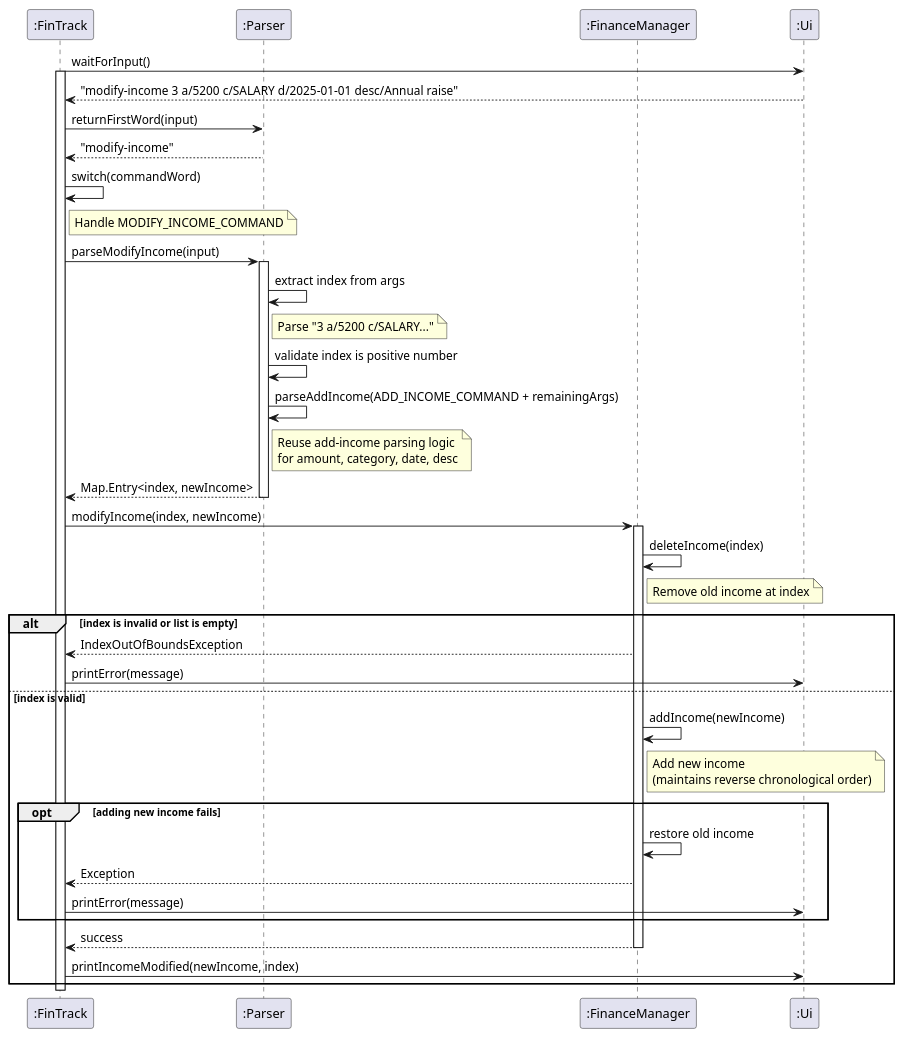
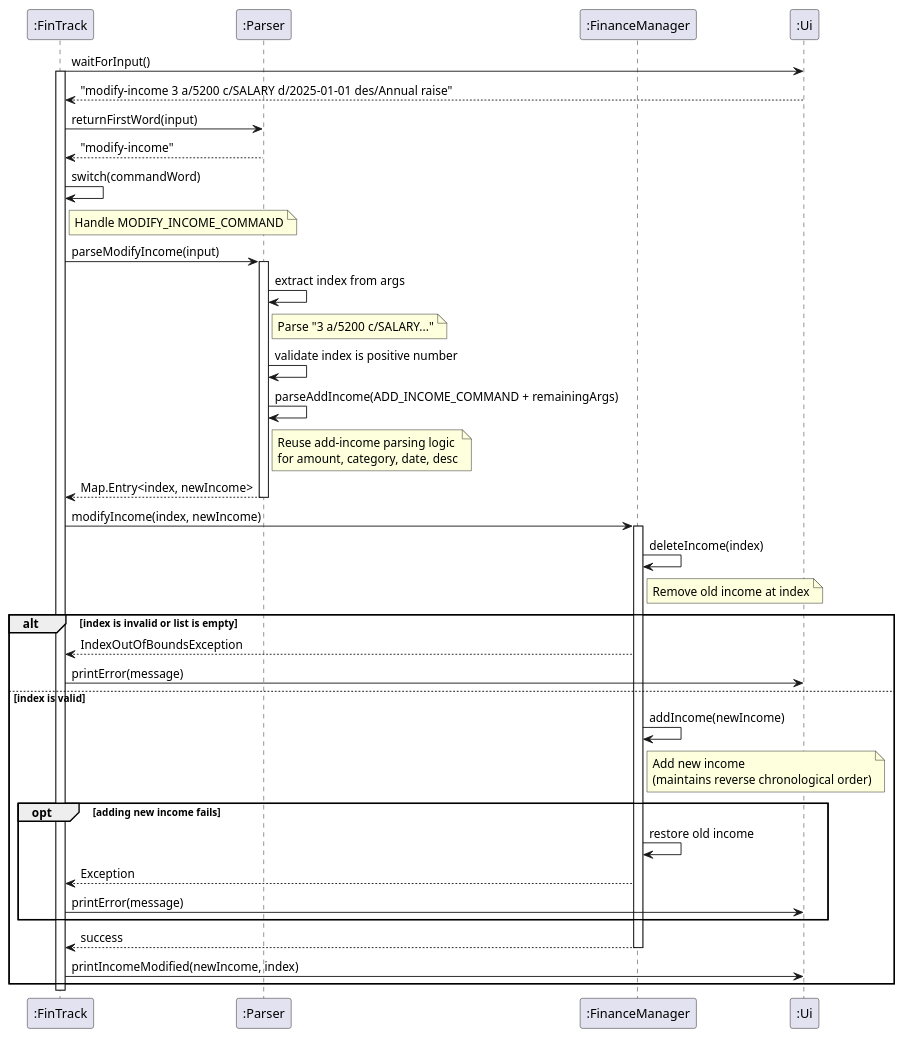
One commit to AY2526S1-CS2113-W12-4/tp changed the diagram in docs/diagrams/modify_income.puml. Above: the diagram before and after it, drawn with PlantUML. The commit also changed 11 other files, not shown here.

Commit message:
Change desc/ to des/, allow parsing of tab after first word

```diff
--- a/docs/diagrams/modify_income.puml
+++ b/docs/diagrams/modify_income.puml
@@ -1,58 +1,58 @@
 @startuml
 participant ":FinTrack" as FT
 participant ":Parser" as P
 participant ":FinanceManager" as FM
 participant ":Ui" as UI
 
 FT -> UI: waitForInput()
 activate FT
-UI --> FT: "modify-income 3 a/5200 c/SALARY d/2025-01-01 desc/Annual raise"
+UI --> FT: "modify-income 3 a/5200 c/SALARY d/2025-01-01 des/Annual raise"
 
 FT -> P: returnFirstWord(input)
 P --> FT: "modify-income"
 
 FT -> FT: switch(commandWord)
 
 note right of FT: Handle MODIFY_INCOME_COMMAND
 
 FT -> P: parseModifyIncome(input)
 activate P
 
 P -> P: extract index from args
 note right of P: Parse "3 a/5200 c/SALARY..."
 
 P -> P: validate index is positive number
 
 P -> P: parseAddIncome(ADD_INCOME_COMMAND + remainingArgs)
 note right of P: Reuse add-income parsing logic\nfor amount, category, date, desc
 
 P --> FT: Map.Entry<index, newIncome>
 deactivate P
 
 FT -> FM: modifyIncome(index, newIncome)
 activate FM
 
 FM -> FM: deleteIncome(index)
 note right of FM: Remove old income at index
 
 alt index is invalid or list is empty
     FM --> FT: IndexOutOfBoundsException
     FT -> UI: printError(message)
 else index is valid
     FM -> FM: addIncome(newIncome)
     note right of FM: Add new income\n(maintains reverse chronological order)
     
     opt adding new income fails
         FM -> FM: restore old income
         FM --> FT: Exception
         FT -> UI: printError(message)
     end
     
     FM --> FT: success
     deactivate FM
     
     FT -> UI: printIncomeModified(newIncome, index)
 end
 
 deactivate FT
 @enduml
```
